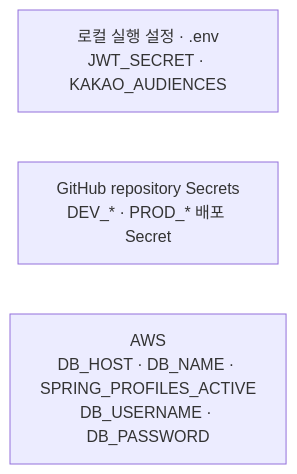
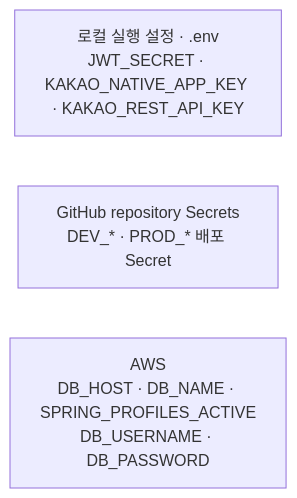
The diagram in docs/ci-cd.md (DaeSaBu/meongcoach-BE), drawn with Mermaid before and after one commit. The commit also changed other lines of this file and 5 other files, not shown here.

````diff
--- a/docs/ci-cd.md
+++ b/docs/ci-cd.md
@@ -47,6 +47,6 @@
 ```mermaid
 flowchart LR
-    Local["로컬 실행 설정 · .env<br/>JWT_SECRET · KAKAO_AUDIENCES"]
+    Local["로컬 실행 설정 · .env<br/>JWT_SECRET · KAKAO_NATIVE_APP_KEY · KAKAO_REST_API_KEY"]
     GitHub["GitHub repository Secrets<br/>DEV_* · PROD_* 배포 Secret"]
     AWS["AWS<br/>DB_HOST · DB_NAME · SPRING_PROFILES_ACTIVE<br/>DB_USERNAME · DB_PASSWORD"]
 ```
````
